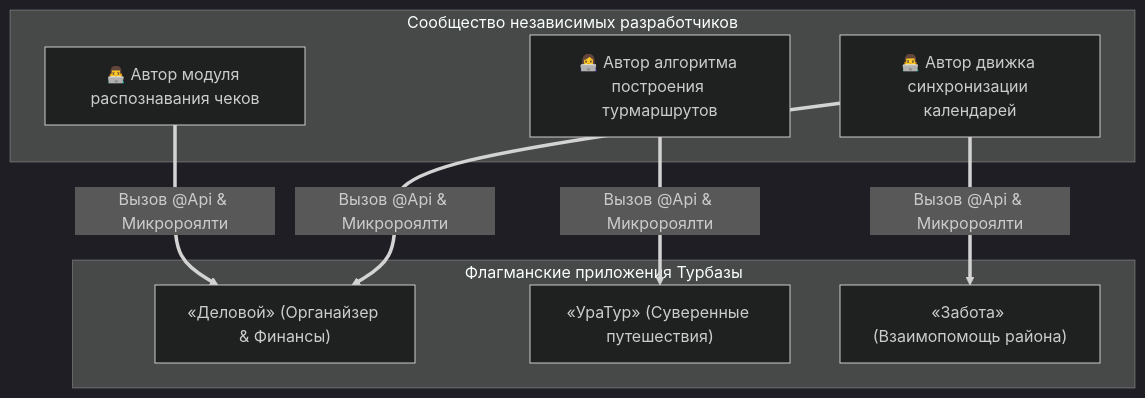
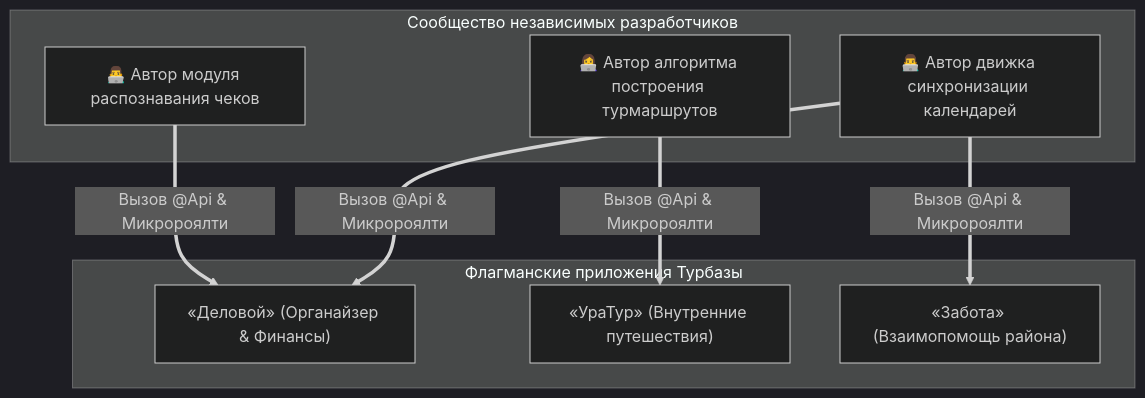
Before and after one commit to Data-Independence-Network/presentations: the ninth of 10 diagrams in architecture_presentations/07_cryptography_and_api_economy/docs/presentation_deck.md, drawn with Mermaid (dark theme). The commit also changed other lines of this file and 81 other files, not shown here.

```diff
--- a/architecture_presentations/07_cryptography_and_api_economy/docs/presentation_deck.md
+++ b/architecture_presentations/07_cryptography_and_api_economy/docs/presentation_deck.md
@@ -652,19 +652,19 @@
         <div class="mermaid">
 graph TB
     subgraph DevCommunity["Сообщество независимых разработчиков"]
         Dev1["👨‍💻 Автор модуля распознавания чеков"]
         Dev2["👩‍💻 Автор алгоритма построения турмаршрутов"]
         Dev3["👨‍💻 Автор движка синхронизации календарей"]
     end
 
     subgraph FlagshipApps["Флагманские приложения Турбазы"]
         App1["«Деловой» (Органайзер & Финансы)"]
-        App2["«УраТур» (Суверенные путешествия)"]
+        App2["«УраТур» (Внутренние путешествия)"]
         App3["«Забота» (Взаимопомощь района)"]
     end
 
     Dev1 ==>|Вызов @Api & Микророялти| App1
     Dev2 ==>|Вызов @Api & Микророялти| App2
     Dev3 ==>|Вызов @Api & Микророялти| App1
     Dev3 ==>|Вызов @Api & Микророялти| App3
         </div>
```
